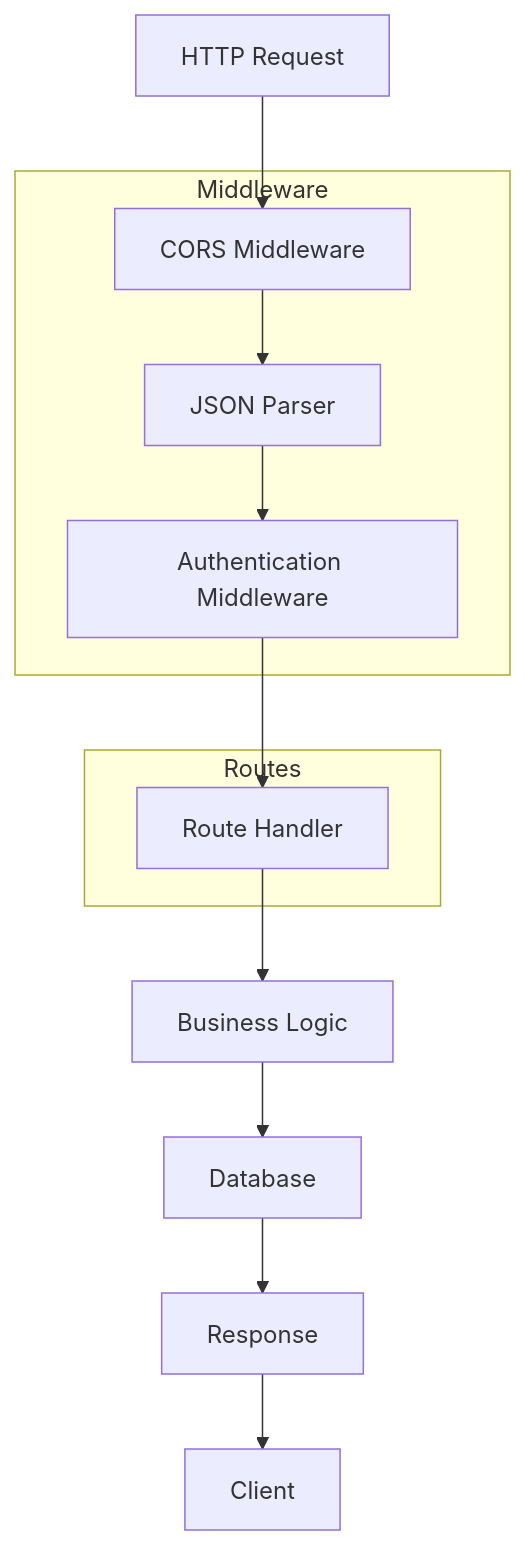
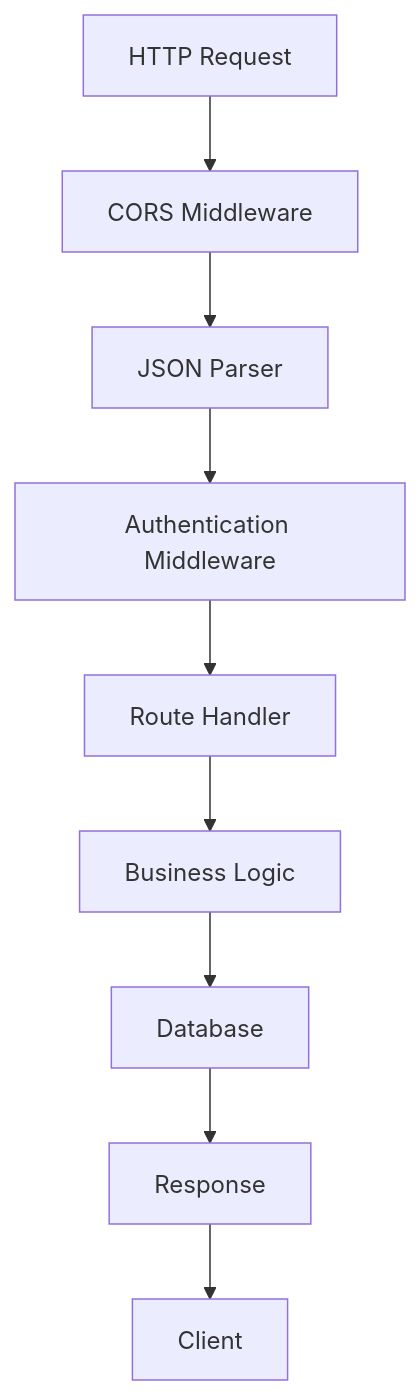
One commit to xingranya/CervixDetectAI changed the fifth of 9 diagrams in wiki/技术栈.md. Above: the diagram before and after it, drawn with Mermaid. The commit also changed other lines of this file and 35 other files, not shown here.

First line of the commit message:
docs(readme): 优化并统一项目文档中的流程图与说明

````diff
--- a/wiki/技术栈.md
+++ b/wiki/技术栈.md
@@ -211,19 +211,11 @@
 ```mermaid
-graph TD
+flowchart TD
 A[HTTP Request] --> B[CORS Middleware]
 B --> C[JSON Parser]
 C --> D[Authentication Middleware]
 D --> E[Route Handler]
 E --> F[Business Logic]
 F --> G[Database]
 G --> H[Response]
 H --> I[Client]
-subgraph Middleware
-B
-C
-D
-end
-subgraph Routes
-E
-end
 ```
````
